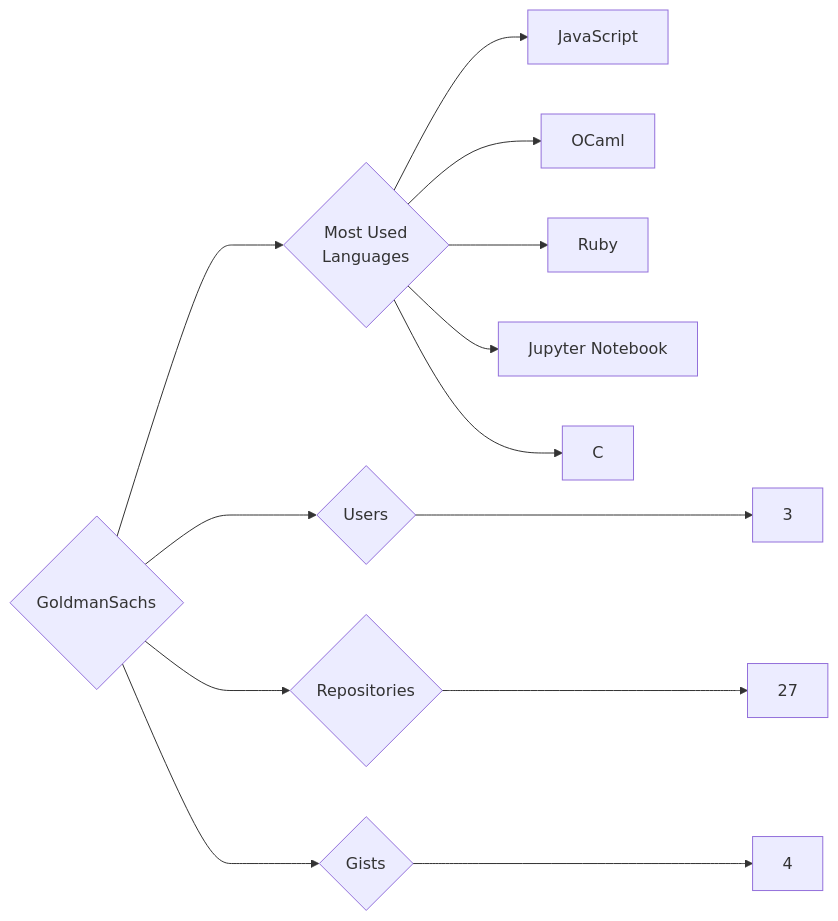
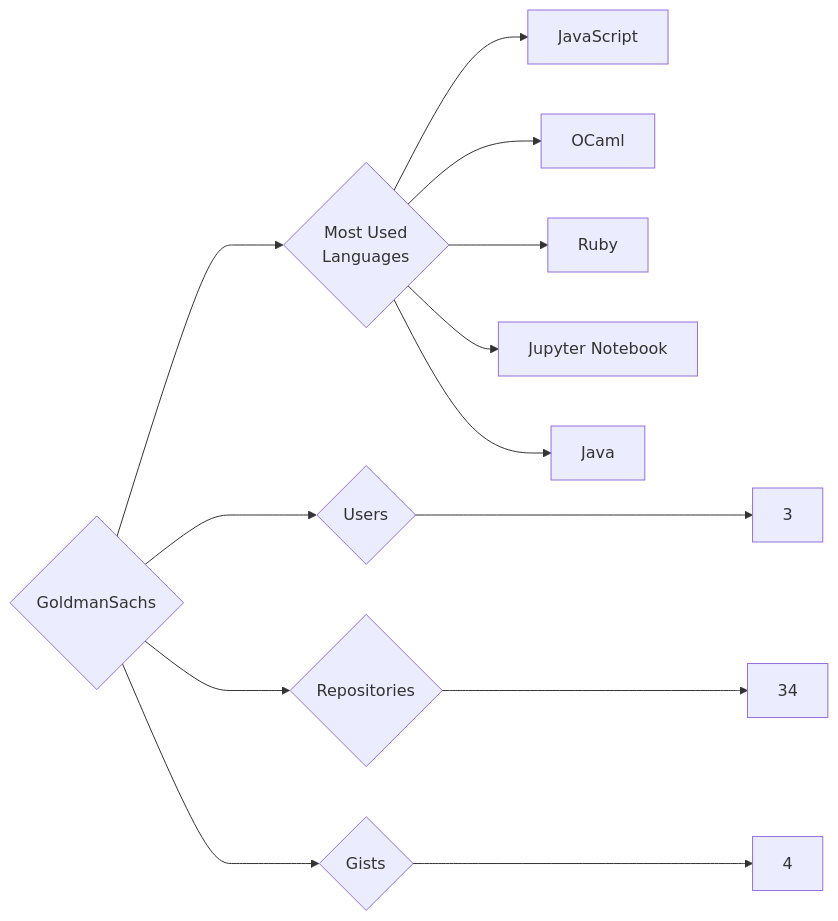
Before and after one commit to trickest/insiders: the diagram in targets/GoldmanSachs/README.md, drawn with Mermaid. The commit also changed 644 other files, not shown here.

````diff
--- a/targets/GoldmanSachs/README.md
+++ b/targets/GoldmanSachs/README.md
@@ -3,13 +3,13 @@
 ```mermaid
 graph LR
 COMPANY_NAME{GoldmanSachs}
 COMPANY_NAME ---> U{Users} ---> UN[3]
-COMPANY_NAME ---> R{Repositories} ---> RN[27]
+COMPANY_NAME ---> R{Repositories} ---> RN[34]
 COMPANY_NAME ---> G{Gists} ---> GN[4]
 COMPANY_NAME ---> ML{Most Used<br>Languages}
 ML --> JavaScript[JavaScript]
 ML --> OCaml[OCaml]
 ML --> Ruby[Ruby]
 ML --> Jupyter_Notebook[Jupyter Notebook]
-ML --> C[C]
+ML --> Java[Java]
 ```
````
